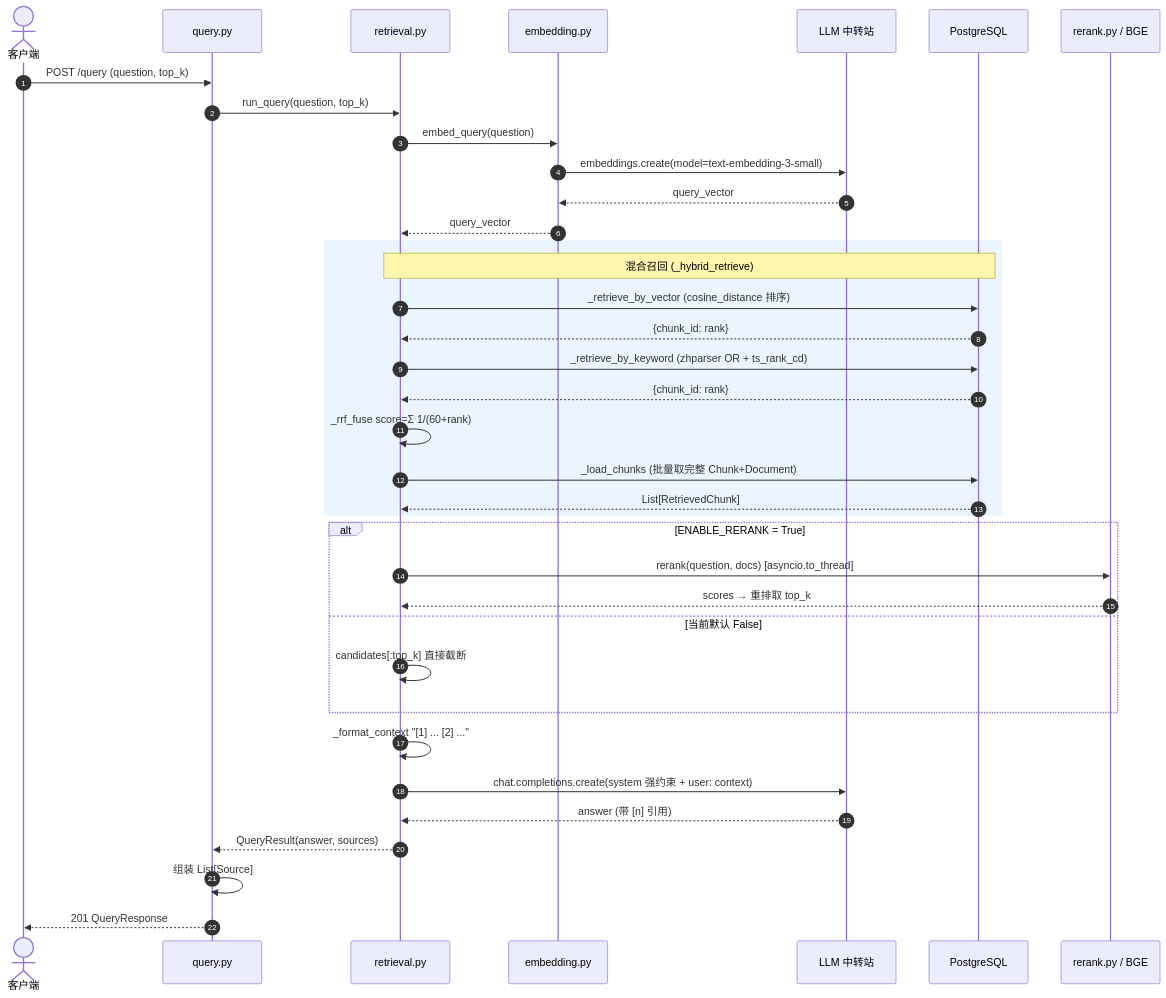
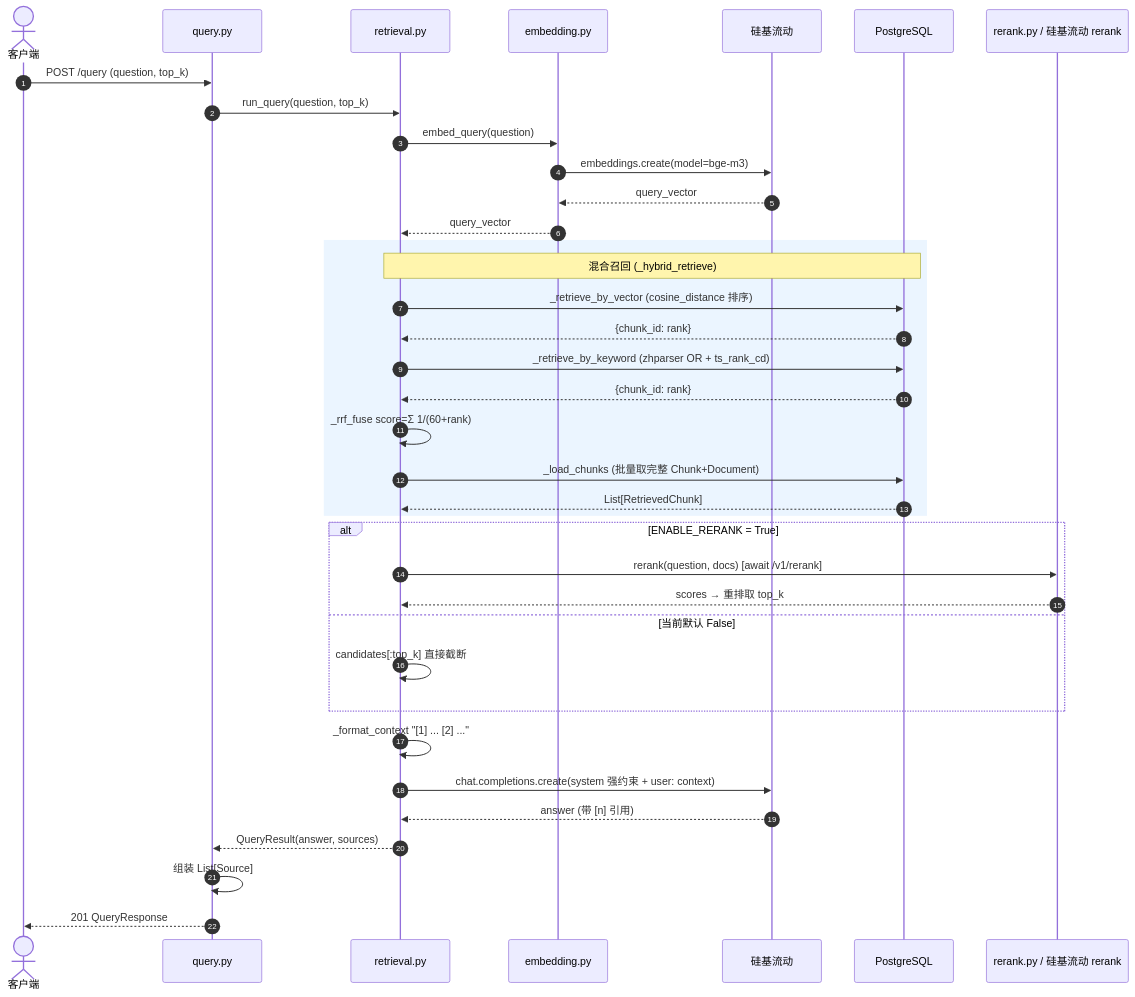
One commit to BryanLi93/ai-practise changed the third of 4 diagrams in 0607-rag-service/docs/ARCHITECTURE.md. Above: the diagram before and after it, drawn with Mermaid. The commit also changed other lines of this file and 23 other files, not shown here.

````diff
--- a/0607-rag-service/docs/ARCHITECTURE.md
+++ b/0607-rag-service/docs/ARCHITECTURE.md
@@ -97,44 +97,44 @@
 ```mermaid
 sequenceDiagram
     autonumber
     actor U as 客户端
     participant R as query.py
     participant S as retrieval.py
     participant E as embedding.py
-    participant G as LLM 中转站
+    participant G as 硅基流动
     participant DB as PostgreSQL
-    participant K as rerank.py / BGE
+    participant K as rerank.py / 硅基流动 rerank
 
     U->>R: POST /query (question, top_k)
     R->>S: run_query(question, top_k)
 
     S->>E: embed_query(question)
-    E->>G: embeddings.create(model=text-embedding-3-small)
+    E->>G: embeddings.create(model=bge-m3)
     G-->>E: query_vector
     E-->>S: query_vector
 
     rect rgb(235,245,255)
         Note over S,DB: 混合召回 (_hybrid_retrieve)
         S->>DB: _retrieve_by_vector (cosine_distance 排序)
         DB-->>S: {chunk_id: rank}
         S->>DB: _retrieve_by_keyword (zhparser OR + ts_rank_cd)
         DB-->>S: {chunk_id: rank}
         S->>S: _rrf_fuse  score=Σ 1/(60+rank)
         S->>DB: _load_chunks (批量取完整 Chunk+Document)
         DB-->>S: List[RetrievedChunk]
     end
 
     alt ENABLE_RERANK = True
-        S->>K: rerank(question, docs)  [asyncio.to_thread]
+        S->>K: rerank(question, docs)  [await /v1/rerank]
         K-->>S: scores → 重排取 top_k
     else 当前默认 False
         S->>S: candidates[:top_k] 直接截断
     end
 
     S->>S: _format_context  "[1] ... [2] ..."
     S->>G: chat.completions.create(system 强约束 + user: context)
     G-->>S: answer (带 [n] 引用)
     S-->>R: QueryResult(answer, sources)
     R->>R: 组装 List[Source]
     R-->>U: 201 QueryResponse
 ```
````
